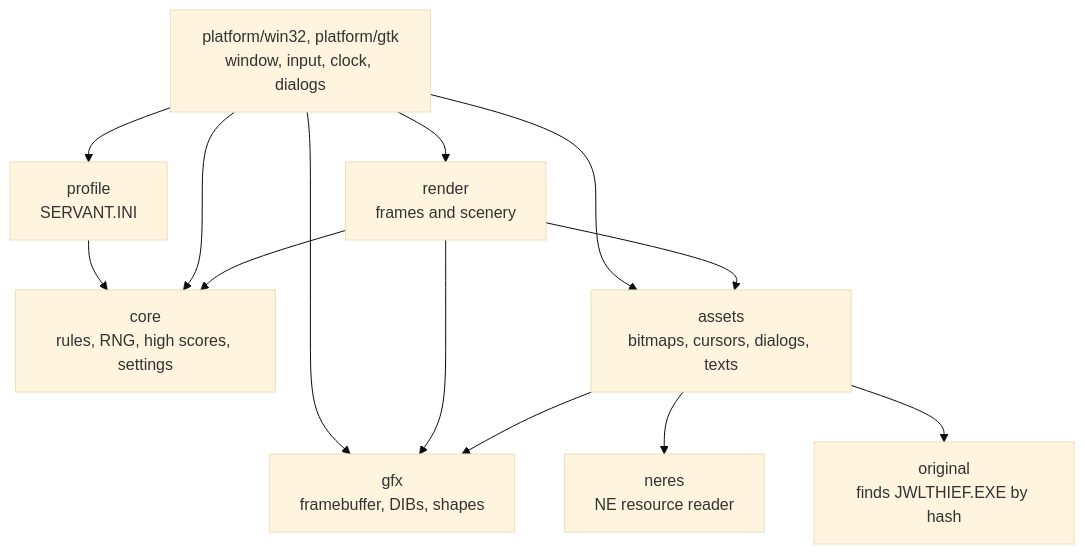
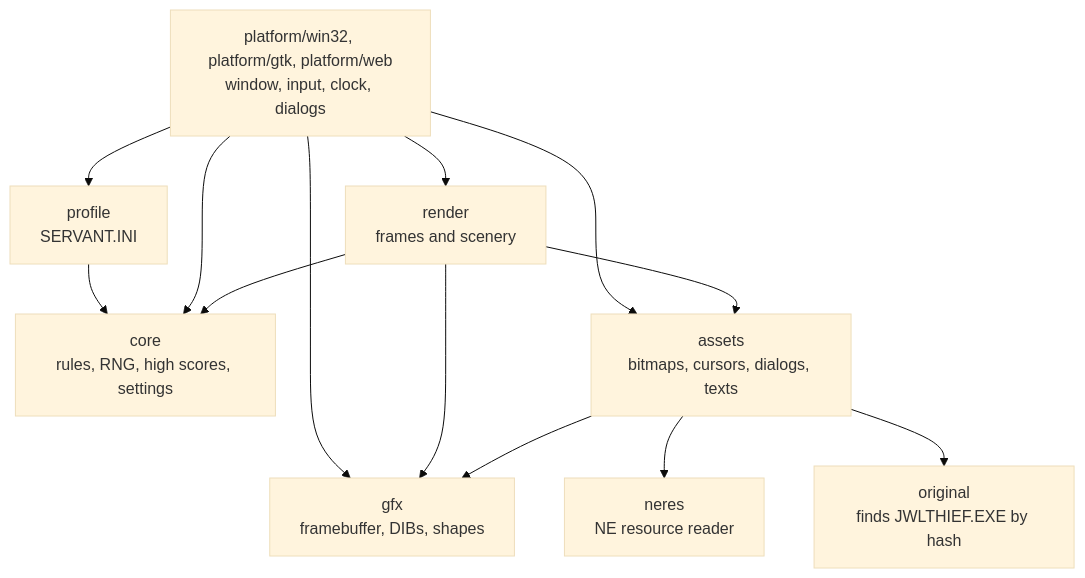
Before and after one commit to hfantini/ai_recompilation_jthief: the diagram in README.md, drawn with Mermaid (base theme). The commit also changed other lines of this file and 27 other files, not shown here.

````diff
--- a/README.md
+++ b/README.md
@@ -116,24 +153,24 @@
 ```mermaid
 flowchart TD
-    platform["platform/win32, platform/gtk<br/>window, input, clock, dialogs"]
+    platform["platform/win32, platform/gtk, platform/web<br/>window, input, clock, dialogs"]
     profile["profile<br/>SERVANT.INI"]
     render["render<br/>frames and scenery"]
     core["core<br/>rules, RNG, high scores, settings"]
     gfx["gfx<br/>framebuffer, DIBs, shapes"]
     assets["assets<br/>bitmaps, cursors, dialogs, texts"]
     neres["neres<br/>NE resource reader"]
     original["original<br/>finds JWLTHIEF.EXE by hash"]
 
     platform --> render
     platform --> profile
     profile --> core
     platform --> gfx
     platform --> core
     platform --> assets
     render --> core
     render --> gfx
     render --> assets
     assets --> gfx
     assets --> neres
     assets --> original
 ```
````
